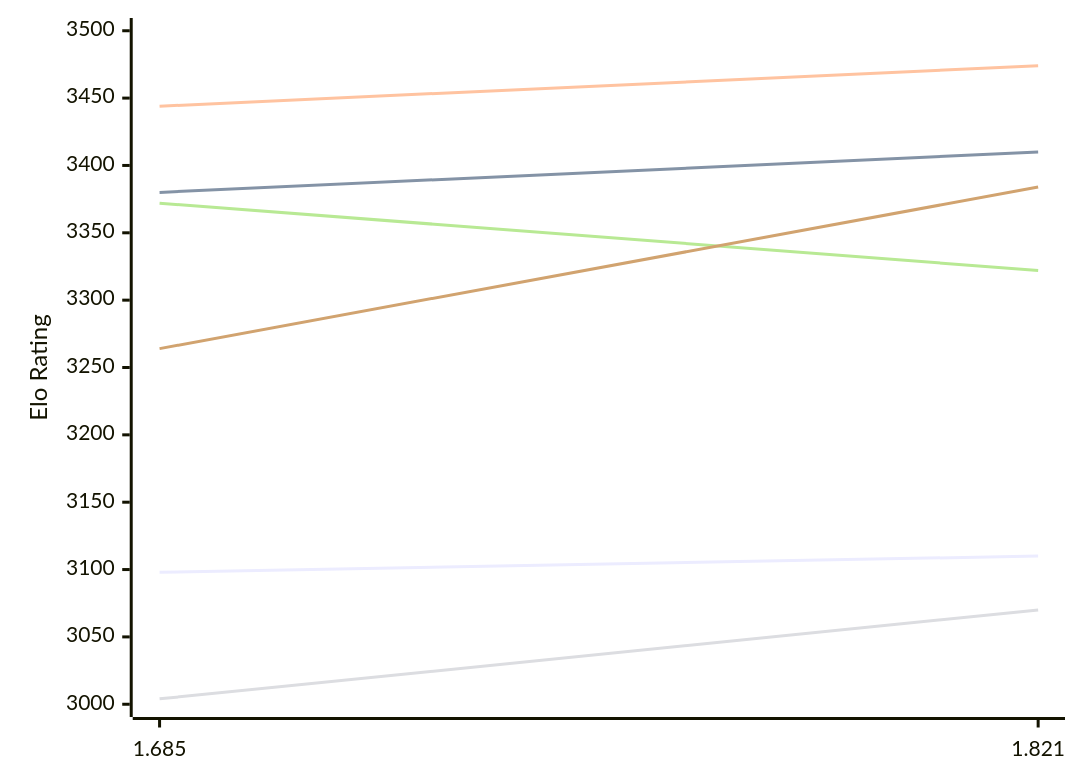
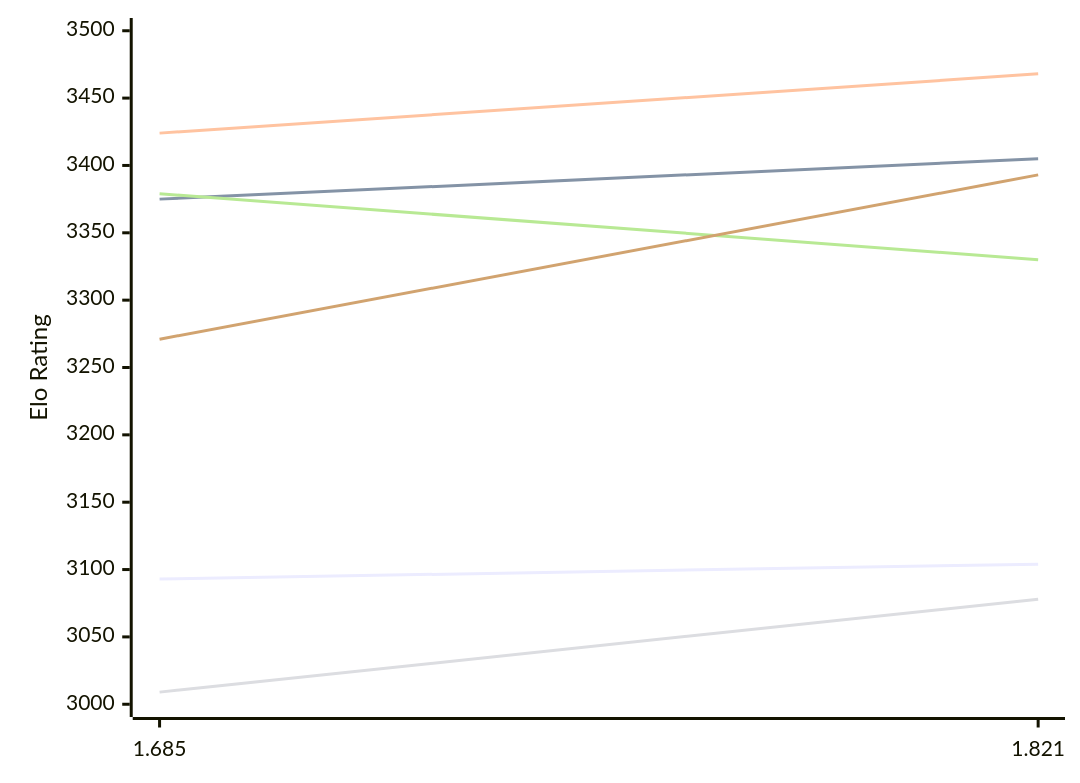
One commit to computer-chess-index/cci changed the first of 2 diagrams in engines/Malika.md. Above: the diagram before and after it, drawn with Mermaid. The commit also changed other lines of this file, not shown here.

Commit message:
Update CCI Ratings (ELO VLTC) - 2026-11-18

````diff
--- a/engines/Malika.md
+++ b/engines/Malika.md
@@ -54,12 +54,12 @@
 ```mermaid
 %%{init: {"theme":"base","themeVariables":{"seriesColors:['#a3a3a3','#222221','#faa371']}}}%%
 xychart-beta
   x-axis ["1.685", "1.821"]
   y-axis "Elo Rating" 3000 --> 3500
-  line "E1: STC (8.0+0.08s)" [3098, 3110]
-  line "E1: LTC (60.0+0.60s)" [3380, 3410]
-  line "E1: VLTC (2m24s+1.12s)" [3444, 3474]
-  line "P1: STC (8.0+0.08s)" [3004, 3070]
-  line "P1: LTC (60.0+0.60s)" [3372, 3322]
-  line "P1: VLTC (2m24s+1.12s)" [3264, 3384]
+  line "E1: STC (8.0+0.08s)" [3093, 3104]
+  line "E1: LTC (60.0+0.60s)" [3375, 3405]
+  line "E1: VLTC (2m24s+1.12s)" [3424, 3468]
+  line "P1: STC (8.0+0.08s)" [3009, 3078]
+  line "P1: LTC (60.0+0.60s)" [3379, 3330]
+  line "P1: VLTC (2m24s+1.12s)" [3271, 3393]
 ```
````
